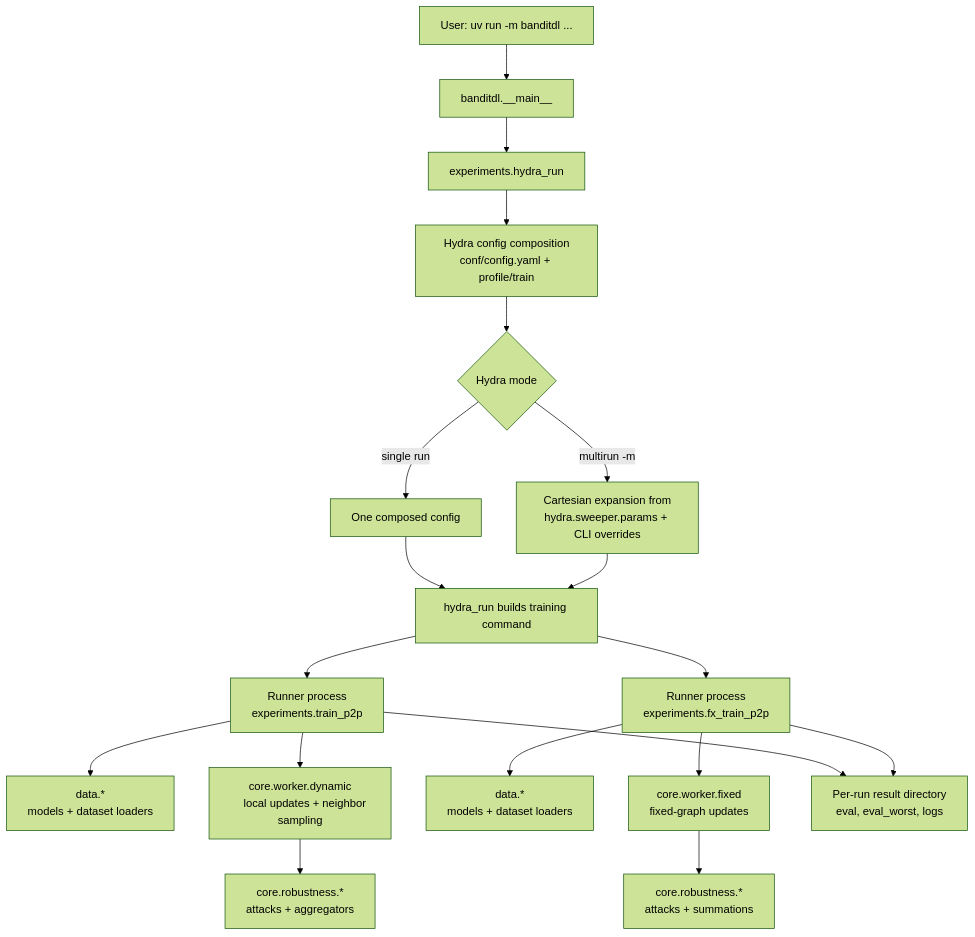
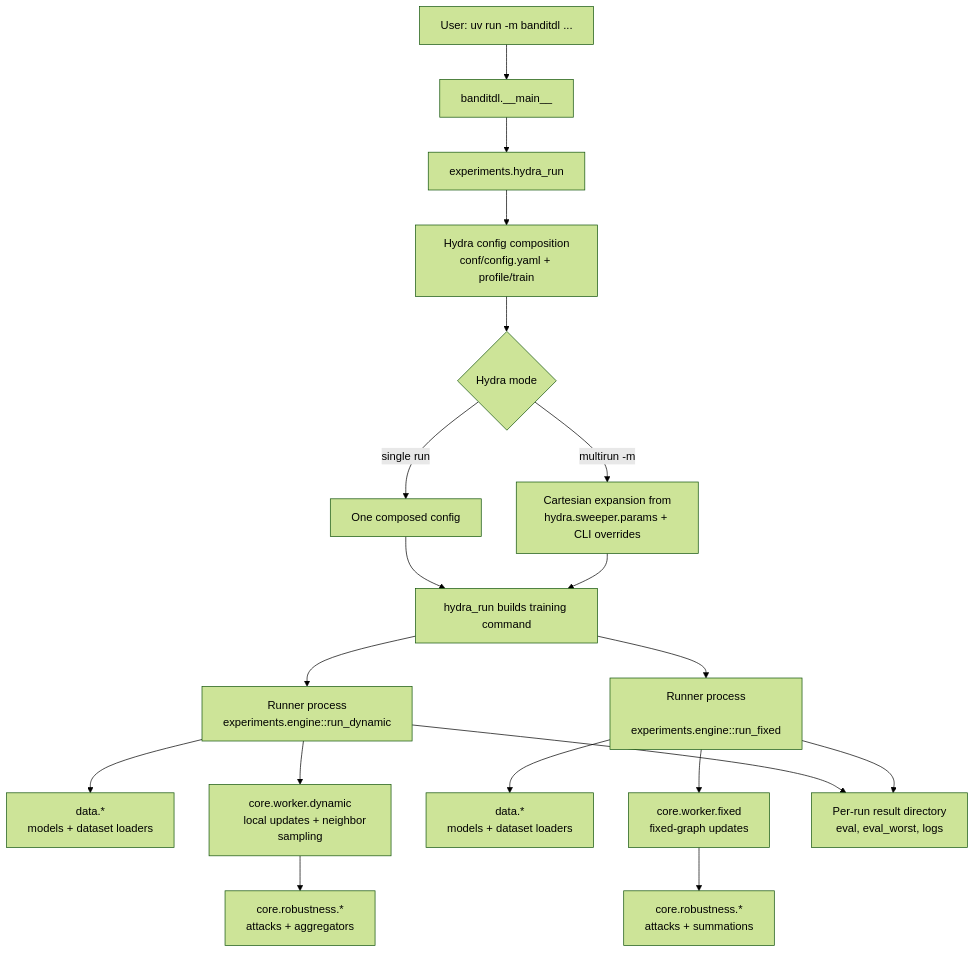
The first of 2 diagrams in README.md (ale18V/BanditFL), drawn with Mermaid (forest theme) before and after one commit. The commit also changed other lines of this file and 4 other files, not shown here.

````diff
--- a/README.md
+++ b/README.md
@@ -129,38 +128,38 @@
 ```mermaid
 flowchart TD
     A[User: uv run -m banditdl ...] --> B[banditdl.__main__]
     B --> C[experiments.hydra_run]
     C --> D[Hydra config composition
 conf/config.yaml + profile/train]
 
     D --> E{Hydra mode}
     E -->|single run| F[One composed config]
     E -->|multirun -m| G[Cartesian expansion from
 hydra.sweeper.params + CLI overrides]
 
     F --> H[hydra_run builds training command]
     G --> H
 
     H --> I1[Runner process
-experiments.train_p2p]
+experiments.engine::run_dynamic]
     H --> I2[Runner process
-    experiments.fx_train_p2p]
+    experiments.engine::run_fixed]
 
     I1 --> J1[data.*
     models + dataset loaders]
     I1 --> K1[core.worker.dynamic
     local updates + neighbor sampling]
     K1 --> L1[core.robustness.*
     attacks + aggregators]
 
     I2 --> J2[data.*
     models + dataset loaders]
     I2 --> K2[core.worker.fixed
     fixed-graph updates]
     K2 --> L2[core.robustness.*
     attacks + summations]
 
     I1 --> M[Per-run result directory
     eval, eval_worst, logs]
     I2 --> M
 ```
````
